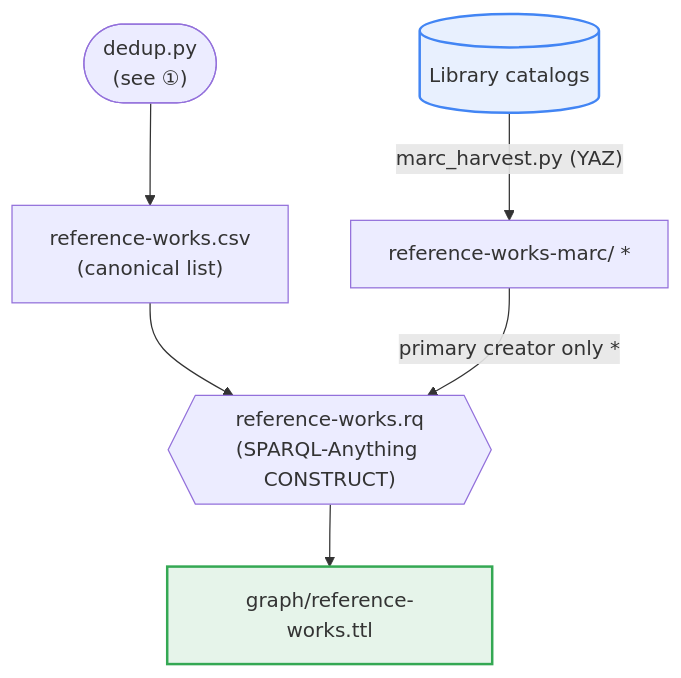
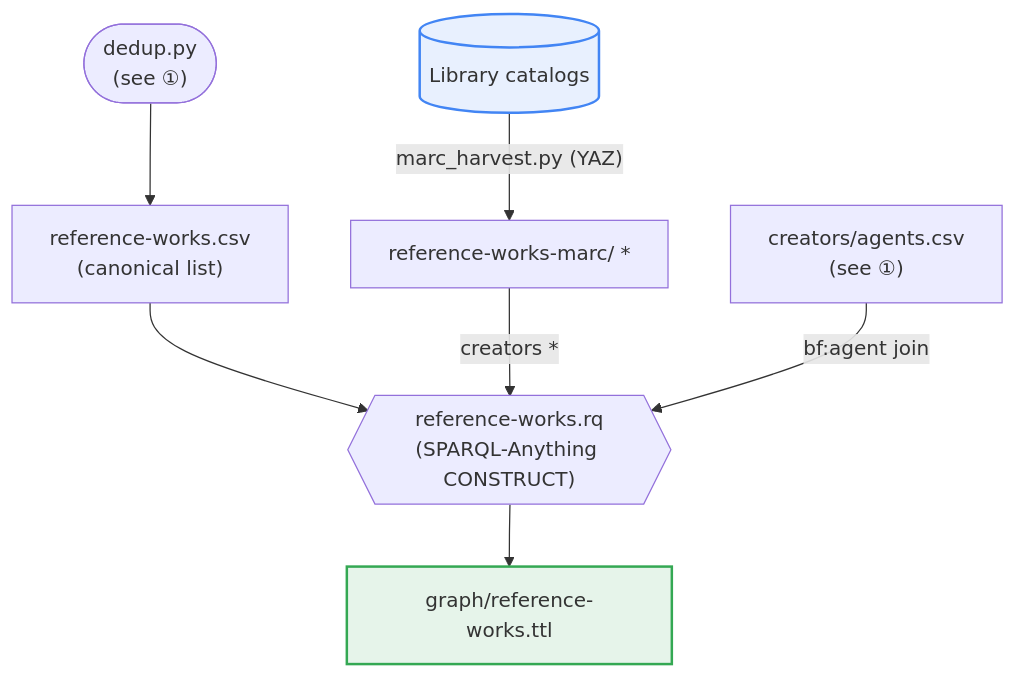
One commit to dkglab/artists-books changed the third of 5 diagrams in docs/PIPELINE.md. Above: the diagram before and after it, drawn with Mermaid. The commit also changed other lines of this file and 17 other files, not shown here.

````diff
--- a/docs/PIPELINE.md
+++ b/docs/PIPELINE.md
@@ -143,17 +164,18 @@
 ```mermaid
 flowchart TD
     dedup(["dedup.py<br/>(see ①)"])
     catalogs[("Library catalogs")]
 
     dedup --> refcsv["reference-works.csv<br/>(canonical list)"]
     catalogs -->|"marc_harvest.py (YAZ)"| refmarc["reference-works-marc/ *"]
 
     refcsv --> refrq{{"reference-works.rq<br/>(SPARQL-Anything CONSTRUCT)"}}
-    refmarc -->|"primary creator only *"| refrq
+    refmarc -->|"creators *"| refrq
+    agents["creators/agents.csv<br/>(see ①)"] -->|"bf:agent join"| refrq
     refrq --> refttl["graph/reference-works.ttl"]
 
     classDef input fill:#e8f0fe,stroke:#4285f4,stroke-width:2px;
     classDef output fill:#e6f4ea,stroke:#34a853,stroke-width:2px;
     class catalogs input;
     class refttl output;
 ```
````
